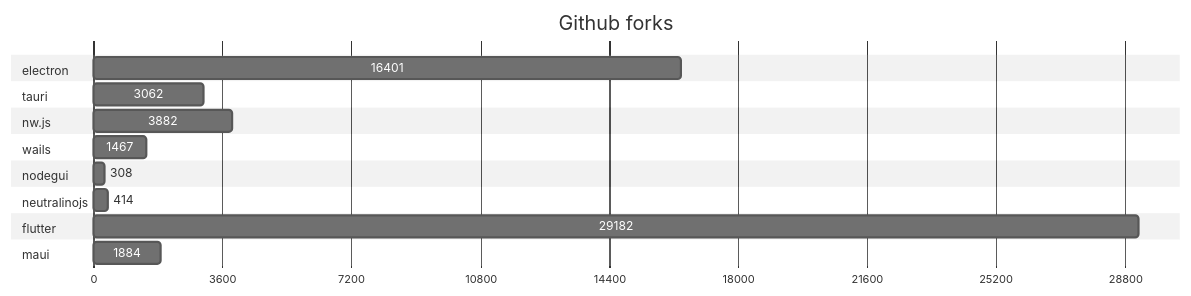
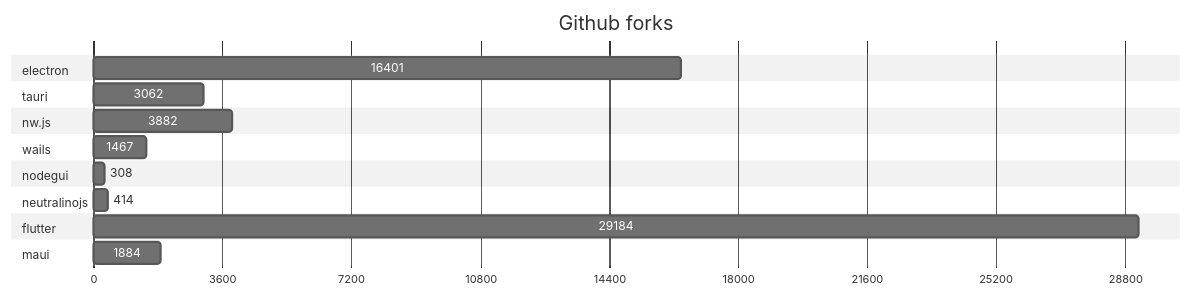
One commit to Elanis/web-to-desktop-framework-comparison changed the second of 2 diagrams in GRAPHS.md. Above: the diagram before and after it, drawn with Mermaid (neutral theme). The commit also changed other lines of this file and 1 other file, not shown here.

````diff
--- a/GRAPHS.md
+++ b/GRAPHS.md
@@ -47,40 +47,40 @@
 ```mermaid
 gantt
     title Github forks
     dateFormat  X
     axisFormat %s
 
 
 	section electron
 	16401 : 0, 16401
 
 	
 	section tauri
 	3062 : 0, 3062
 
 	
 	section nw.js
 	3882 : 0, 3882
 
 	
 	section wails
 	1467 : 0, 1467
 
 	
 	section nodegui
 	308 : 0, 308
 
 	
 	section neutralinojs
 	414 : 0, 414
 
 	
 	section flutter
-	29182 : 0, 29182
+	29184 : 0, 29184
 
 	
 	section maui
 	1884 : 0, 1884
 
 	
 ```
````
